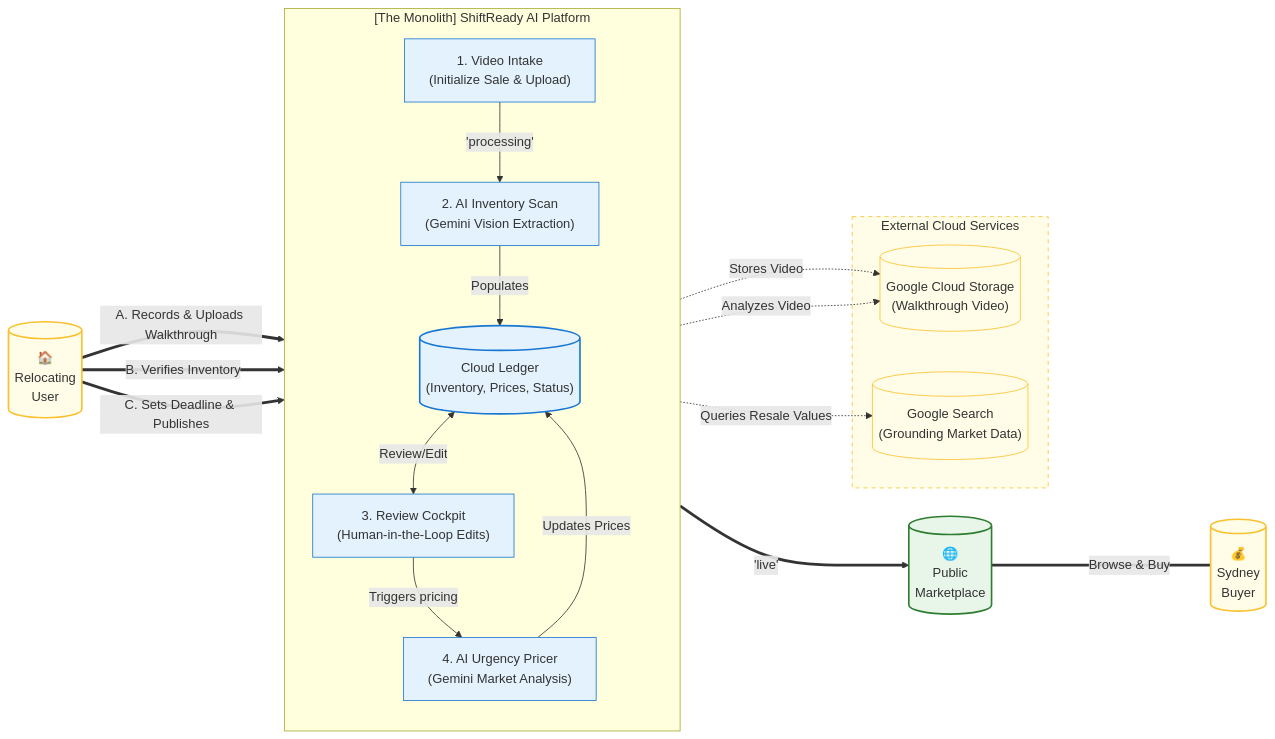
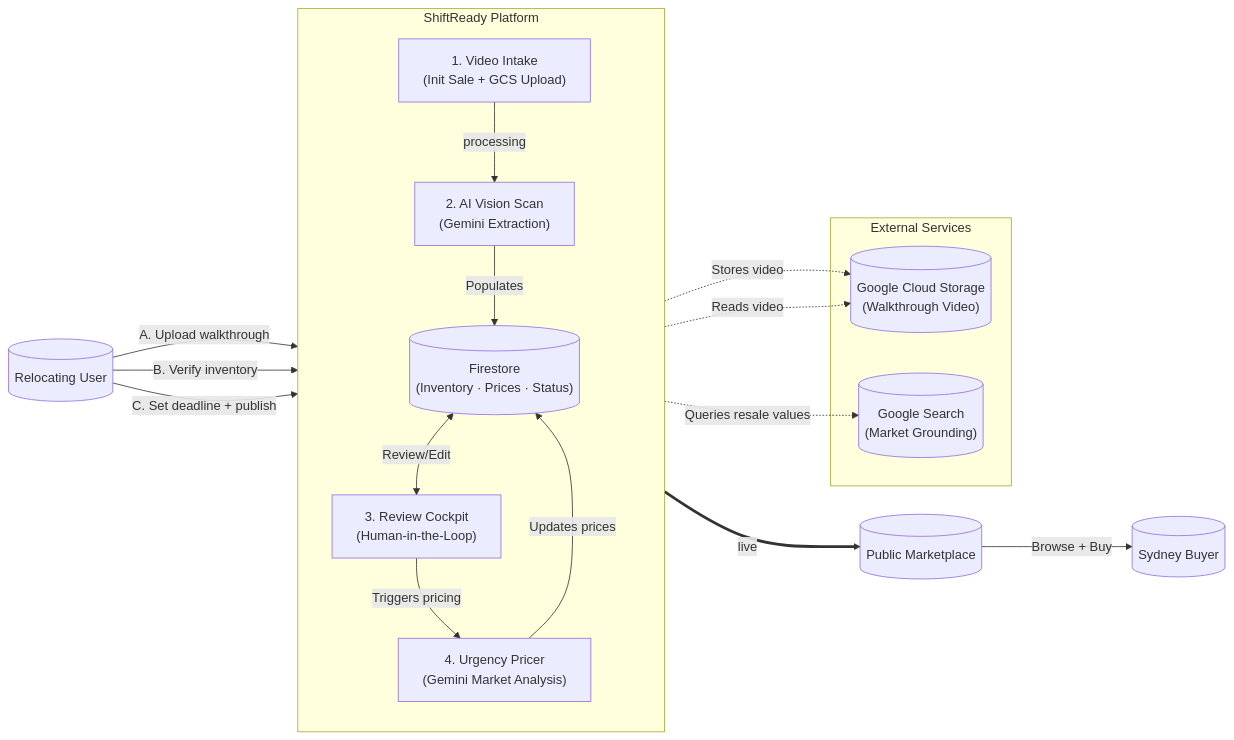
One commit to ajayaradhya/shiftready-backend changed the diagram in README.md. Above: the diagram before and after it, drawn with Mermaid. The commit also changed other lines of this file and 1 other file, not shown here.

````diff
--- a/README.md
+++ b/README.md
@@ -36,62 +30,34 @@
 ```mermaid
 graph LR
-    %% --- ACTORS ---
-    User[("🏠<br/>Relocating<br/>User")]
-    Buyer[("💰<br/>Sydney<br/>Buyer")]
+    User[("Relocating User")]
+    Buyer[("Sydney Buyer")]
 
-    %% --- THE CORE SYSTEM ---
-    subgraph System["[The Monolith] ShiftReady AI Platform"]
+    subgraph System["ShiftReady Platform"]
         direction TB
-        
-        Intake["1. Video Intake<br/>(Initialize Sale & Upload)"]
-        Scanner["2. AI Inventory Scan<br/>(Gemini Vision Extraction)"]
-        Cockpit["3. Review Cockpit<br/>(Human-in-the-Loop Edits)"]
-        Pricer["4. AI Urgency Pricer<br/>(Gemini Market Analysis)"]
-        LiveDB[("Cloud Ledger<br/>(Inventory, Prices, Status)")]
-        
-        %% Internal System Flows
-        Intake -->|'processing'| Scanner
+        Intake["1. Video Intake\n(Init Sale + GCS Upload)"]
+        Scanner["2. AI Vision Scan\n(Gemini Extraction)"]
+        Cockpit["3. Review Cockpit\n(Human-in-the-Loop)"]
+        Pricer["4. Urgency Pricer\n(Gemini Market Analysis)"]
+        LiveDB[("Firestore\n(Inventory · Prices · Status)")]
+
+        Intake -->|processing| Scanner
         Scanner -->|Populates| LiveDB
         LiveDB <-->|Review/Edit| Cockpit
         Cockpit -->|Triggers pricing| Pricer
-        Pricer -->|Updates Prices| LiveDB
+        Pricer -->|Updates prices| LiveDB
     end
 
-    %% --- EXTERNAL DEPENDENCIES ---
-    subgraph Cloud["External Cloud Services"]
-        VideoStore[("Google Cloud Storage<br/>(Walkthrough Video)")]
-        GSearch[("Google Search<br/>(Grounding Market Data)")]
+    subgraph Cloud["External Services"]
+        GCS[("Google Cloud Storage\n(Walkthrough Video)")]
+        GSearch[("Google Search\n(Market Grounding)")]
     end
 
-    %% --- USER FLOWS ---
-    User == "A. Records & Uploads Walkthrough" ==> Intake
-    Intake -. "Stores Video" .-> VideoStore
-    Scanner -. "Analyzes Video" .-> VideoStore
-    User == "B. Verifies Inventory" ==> Cockpit
-    User == "C. Sets Deadline & Publishes" ==> Cockpit
-    
-    %% AI Grounding Flow
-    Pricer -. "Queries Resale Values" .-> GSearch
-
-    %% Final Output
-    LiveDB ==>|'live'| Marketplace[("🌐<br/>Public<br/>Marketplace")]
-    Marketplace ====|"Browse & Buy"| Buyer
-
-    %% --- STYLING ---
-    %% Client/External (Yellow)
-    style User fill:#FFFDE7,stroke:#FBC02D,stroke-width:2px;
-    style Buyer fill:#FFFDE7,stroke:#FBC02D,stroke-width:2px;
-    style Cloud fill:#FFFDE7,stroke:#FBC02D,stroke-width:1px,stroke-dasharray: 5 5;
-    style VideoStore fill:#FFFDE7,stroke:#FBC02D,stroke-width:1px;
-    style GSearch fill:#FFFDE7,stroke:#FBC02D,stroke-width:1px;
-    
-    %% Core System Components (Blue)
-    style Intake fill:#E3F2FD,stroke:#1976D2,stroke-width:1px;
-    style Scanner fill:#E3F2FD,stroke:#1976D2,stroke-width:1px;
-    style Cockpit fill:#E3F2FD,stroke:#1976D2,stroke-width:1px;
-    style Pricer fill:#E3F2FD,stroke:#1976D2,stroke-width:1px;
-    style LiveDB fill:#E3F2FD,stroke:#1976D2,stroke-width:2px;
-    
-    %% Marketplace (Green)
-    style Marketplace fill:#E8F5E9,stroke:#2E7D32,stroke-width:2px;
+    User -->|"A. Upload walkthrough"| Intake
+    Intake -.->|Stores video| GCS
+    Scanner -.->|Reads video| GCS
+    User -->|"B. Verify inventory"| Cockpit
+    User -->|"C. Set deadline + publish"| Cockpit
+    Pricer -.->|Queries resale values| GSearch
+    LiveDB ==>|live| Marketplace[("Public Marketplace")]
+    Marketplace -->|Browse + Buy| Buyer
 ```
````
